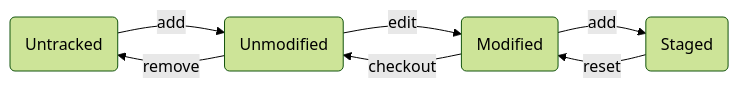
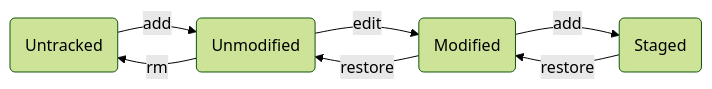
Before and after one commit to wdyjwdy/blog-mono: the first of 10 diagrams in apps/blog/pages/docs/git/basic.mdx, drawn with Mermaid (forest theme). The commit also changed other lines of this file and 1 other file, not shown here.

````diff
--- a/apps/blog/pages/docs/git/basic.mdx
+++ b/apps/blog/pages/docs/git/basic.mdx
@@ -3,11 +3,12 @@
 ```mermaid
 flowchart LR
   A("Untracked")
   B("Unmodified")
   C("Modified")
   D("Staged")
   A -- add--> B -- edit --> C -- add --> D
-  D -- reset --> C -- checkout --> B -- remove--> A
+  D -- restore --> C -- restore --> B -- rm --> A
 class C Yellow
 class D Green
+class A Dash
 ```
````
